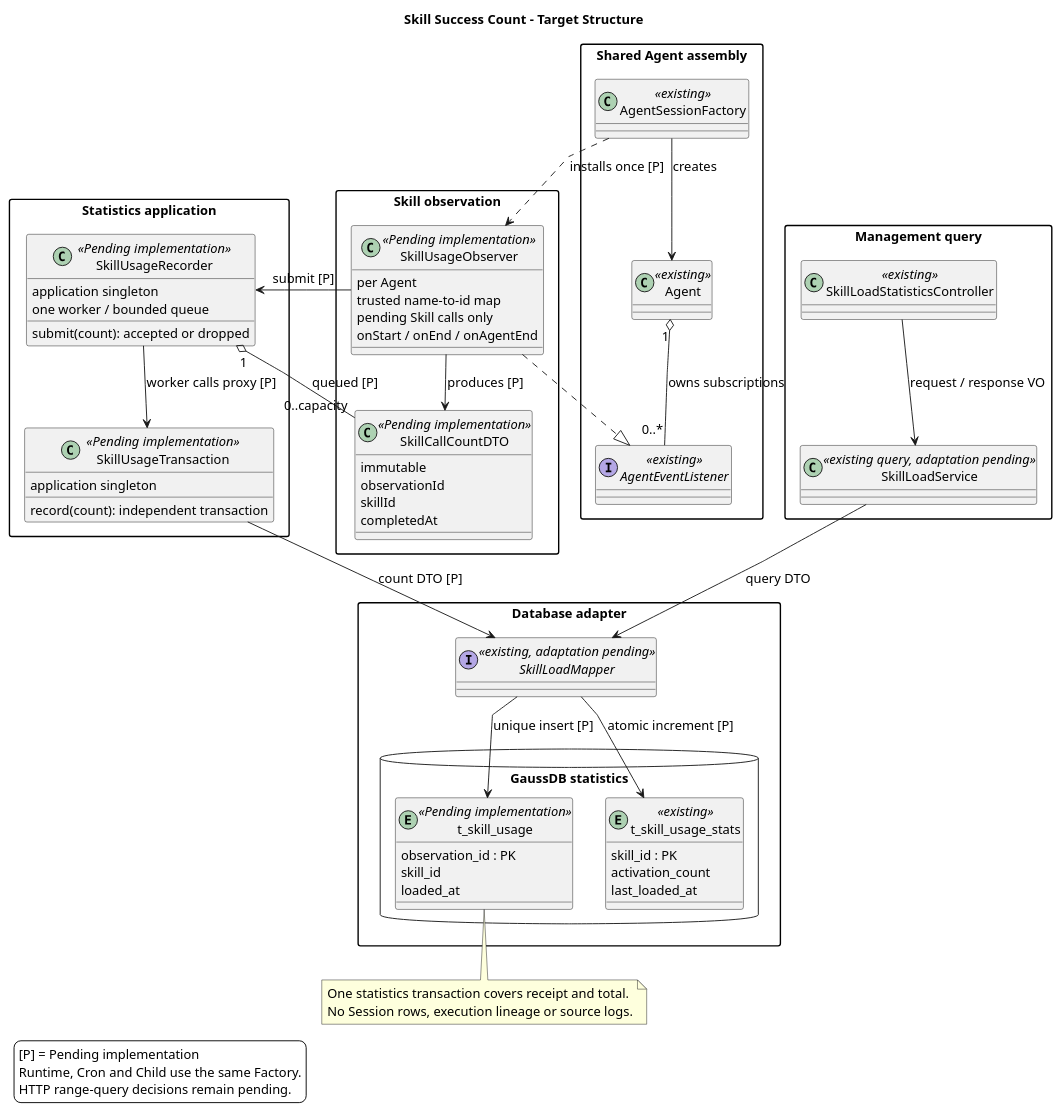
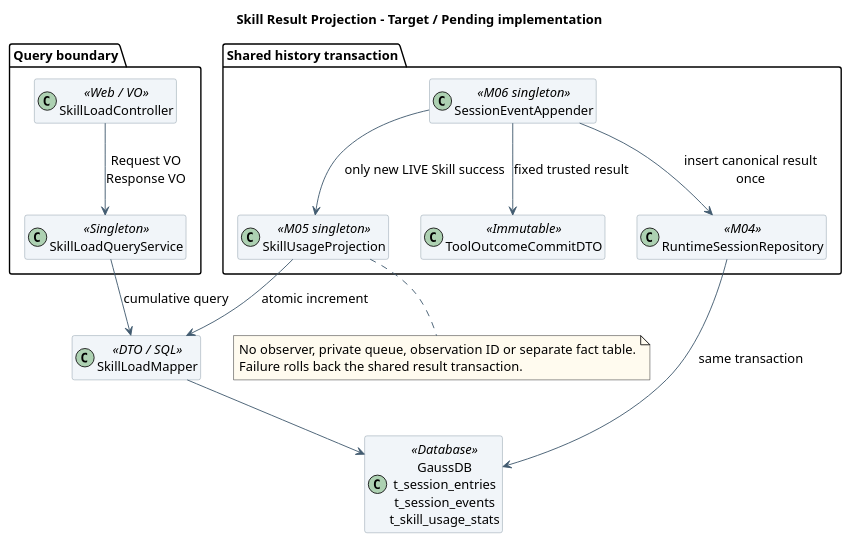
The first of 2 diagrams in 04-命令与技能/03-Skill加载统计/diagram.puml (ssm0808/pi-mono-java-design), drawn with PlantUML before and after one commit. The commit also changed other lines of this file and 36 other files, not shown here.

Commit message:
docs(runtime): 统一三入口完整历史并复用 Skill 结果统计

```diff
--- a/04-命令与技能/03-Skill加载统计/diagram.puml
+++ b/04-命令与技能/03-Skill加载统计/diagram.puml
@@ -1,96 +1,50 @@
 @startuml skill_load_statistics_classes
-allowmixing
-' Source evidence: Java dad4433d38fcb4104bd8d093f844ea2afc9612ee
-' modules/coding-agent-cli/src/main/java/com/campusclaw/codingagent/session/AgentSessionFactory.java create/configureAgent
-' modules/agent-core/src/main/java/com/campusclaw/agent/Agent.java subscribe/emit
-' modules/agent-core/src/main/java/com/campusclaw/agent/tool/ToolExecutionPipeline.java execute
-' modules/coding-agent-cli/src/main/java/com/campusclaw/codingagent/runtime/PreparedAgentRuntime.java skillIdsByName
-' modules/coding-agent-cli/src/main/java/com/campusclaw/codingagent/runtimeapi/service/SkillLoadTransaction.java record
-' Observed behavior: all three entry points share factory and final tool events; current writes require execution sources.
-' Design reason: observation is local to each Agent; only immutable count data crosses the bounded worker boundary.
-' Java divergence: observer, bounded recorder and minimal receipt persistence are Pending implementation.
-title Skill Success Count - Target Structure
+' Source evidence: Java main 769e86592285f4a25b0febaf551eddea6bc7212c
+' modules/coding-agent-cli/src/main/java/com/campusclaw/codingagent/
+' runtimeapi/event/RuntimeExecutionCoordinator.java:start
+' runtimeapi/event/RuntimeEventProjector.java:project,persistToolResults
+' session/AgentSessionFactory.java:create
+' tool/agent/SubagentExecutionService.java:runChild
+' modules/agent-core/src/main/java/com/campusclaw/agent/tool/ToolExecutionPipeline.java:execute
+' Observed behavior: Runtime persists; direct Child/Cron factory calls do not share its appender.
+' Design reason: one durable host lifecycle and per-result commit; no statistics delivery pipeline.
 skinparam backgroundColor white
-skinparam shadowing false
 skinparam defaultFontName SansSerif
 skinparam defaultFontSize 14
+skinparam shadowing false
 skinparam classAttributeIconSize 0
-skinparam packageStyle rectangle
-skinparam linetype polyline
-skinparam nodesep 35
-skinparam ranksep 40
-top to bottom direction
-package "Shared Agent assembly" {
-  class "AgentSessionFactory" as Factory <<existing>>
-  class Agent <<existing>>
-  interface "AgentEventListener" as Listener <<existing>>
+skinparam ArrowColor #425B70
+skinparam classBackgroundColor #F1F5F9
+skinparam classBorderColor #8496A4
+skinparam sequenceParticipantBackgroundColor #F1F5F9
+skinparam sequenceParticipantBorderColor #8496A4
+skinparam sequenceMessageAlign left
+skinparam maxMessageSize 175
+skinparam noteBackgroundColor #FFFBEF
+hide empty members
+title Skill Result Projection - Target / Pending implementation
+package "Query boundary" {
+  class "SkillLoadController" as Controller <<Web / VO>>
+  class "SkillLoadQueryService" as Query <<Singleton>>
 }
-package "Skill observation" {
-  class "SkillUsageObserver" as Observer <<Pending implementation>> {
-    per Agent
-    trusted name-to-id map
-    pending Skill calls only
-    onStart / onEnd / onAgentEnd
-  }
-  class "SkillCallCountDTO" as Count <<Pending implementation>> {
-    immutable
-    observationId
-    skillId
-    completedAt
-  }
+package "Shared history transaction" {
+  class "SessionEventAppender" as Appender <<M06 singleton>>
+  class "ToolOutcomeCommitDTO" as Outcome <<Immutable>>
+  class "RuntimeSessionRepository" as History <<M04>>
+  class "SkillUsageProjection" as Projection <<M05 singleton>>
 }
-package "Statistics application" {
-  class "SkillUsageRecorder" as Recorder <<Pending implementation>> {
-    application singleton
-    one worker / bounded queue
-    submit(count): accepted or dropped
-  }
-  class "SkillUsageTransaction" as Transaction <<Pending implementation>> {
-    application singleton
-    record(count): independent transaction
-  }
-}
-package "Management query" {
-  class "SkillLoadStatisticsController" as Controller <<existing>>
-  class "SkillLoadService" as Query <<existing query, adaptation pending>>
-}
-package "Database adapter" {
-  interface "SkillLoadMapper" as Mapper <<existing, adaptation pending>>
-  database "GaussDB statistics" {
-    entity "t_skill_usage" as Receipt <<Pending implementation>> {
-      observation_id : PK
-      skill_id
-      loaded_at
-    }
-    entity "t_skill_usage_stats" as Total <<existing>> {
-      skill_id : PK
-      activation_count
-      last_loaded_at
-    }
-  }
-}
-Factory --> Agent : creates
-Factory ..> Observer : installs once [P]
-Agent "1" o-- "0..*" Listener : owns subscriptions
-Observer ..|> Listener
-Observer --> Count : produces [P]
-Observer --> Recorder : submit [P]
-Recorder "1" o-- "0..capacity" Count : queued [P]
-Recorder --> Transaction : worker calls proxy [P]
-Controller --> Query : request / response VO
-Query --> Mapper : query DTO
-Transaction --> Mapper : count DTO [P]
-Mapper --> Receipt : unique insert [P]
-Mapper --> Total : atomic increment [P]
-Agent -[hidden]right-> Controller
-Receipt -[hidden]right-> Total
-note bottom of Receipt
-  One statistics transaction covers receipt and total.
-  No Session rows, execution lineage or source logs.
+class "SkillLoadMapper" as Mapper <<DTO / SQL>>
+class "GaussDB\nt_session_entries\nt_session_events\nt_skill_usage_stats" as DB <<Database>>
+Controller --> Query : Request VO\nResponse VO
+Query --> Mapper : cumulative query
+Appender --> Outcome : fixed trusted result
+Appender --> History : insert canonical result once
+Appender --> Projection : only new LIVE Skill success
+Projection --> Mapper : atomic increment
+History --> DB : same transaction
+Mapper --> DB
+note bottom of Projection
+  No observer, private queue, observation ID or separate fact table.
+  Failure rolls back the shared result transaction.
 end note
-legend bottom left
-  [P] = Pending implementation
-  Runtime, Cron and Child use the same Factory.
-  HTTP range-query decisions remain pending.
-endlegend
 @enduml
```
